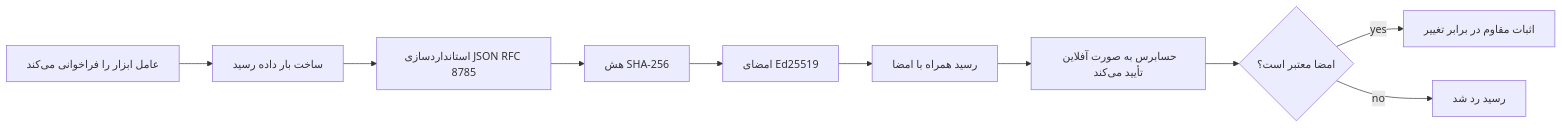
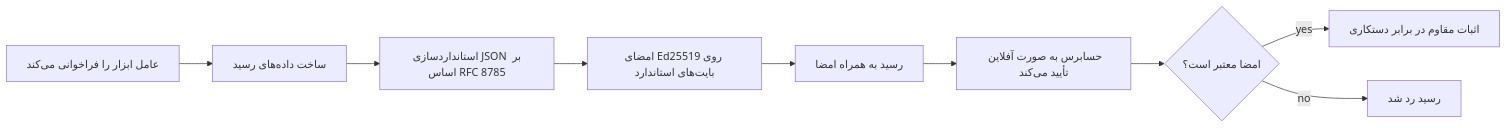
One commit to microsoft/ai-agents-for-beginners changed the first of 2 diagrams in translations/fa/18-securing-ai-agents/README.md. Above: the diagram before and after it, drawn with Mermaid. The commit also changed other lines of this file and 47 other files, not shown here.

````diff
--- a/translations/fa/18-securing-ai-agents/README.md
+++ b/translations/fa/18-securing-ai-agents/README.md
@@ -51,12 +51,11 @@
 ```mermaid
 flowchart LR
-    A[عامل ابزار را فراخوانی می‌کند] --> B[ساخت بار داده رسید]
-    B --> C[استانداردسازی JSON RFC 8785]
-    C --> D[هش SHA-256]
-    D --> E[امضای Ed25519]
-    E --> F[رسید همراه با امضا]
+    A[عامل ابزار را فراخوانی می‌کند] --> B[ساخت داده‌های رسید]
+    B --> C[استانداردسازی JSON بر اساس RFC 8785]
+    C --> E[امضای Ed25519 روی بایت‌های استاندارد]
+    E --> F[رسید به همراه امضا]
     F --> G[حسابرس به صورت آفلاین تأیید می‌کند]
     G --> H{امضا معتبر است؟}
-    H -- yes --> I[اثبات مقاوم در برابر تغییر]
+    H -- yes --> I[اثبات مقاوم در برابر دستکاری]
     H -- no --> J[رسید رد شد]
 ```
````
